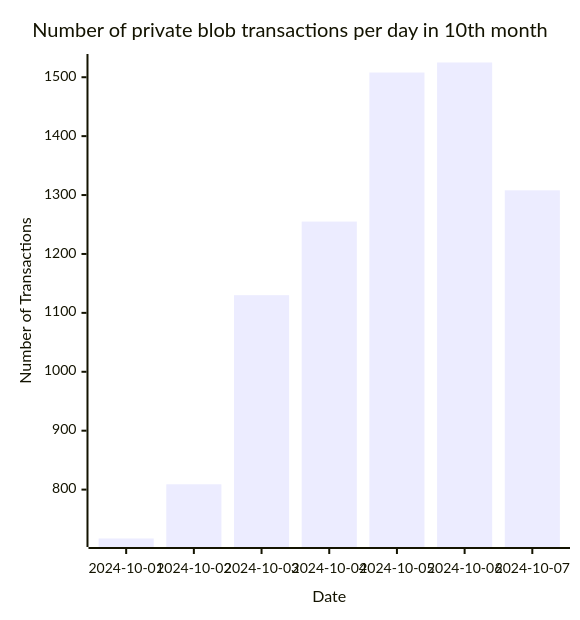
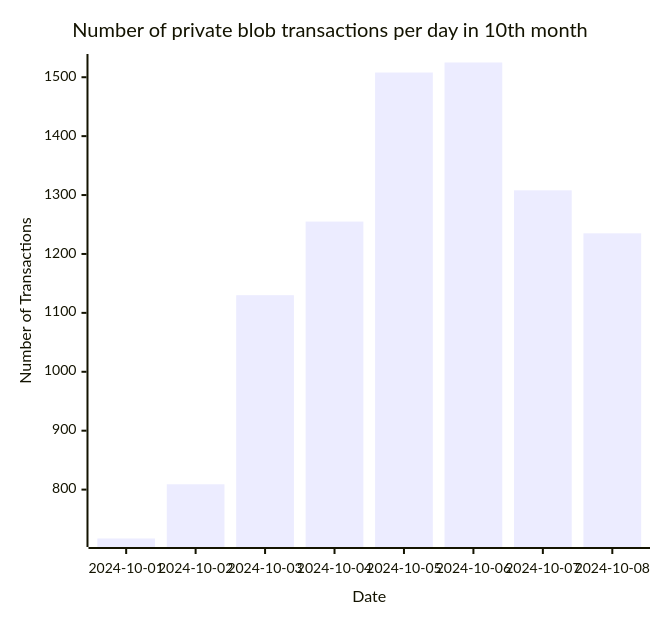
One commit to Amit0617/eip4844-data changed the eighth of 8 diagrams in README.md. Above: the diagram before and after it, drawn with Mermaid. The commit also changed 1 other file, not shown here.

````diff
--- a/README.md
+++ b/README.md
@@ -92,12 +92,12 @@
 ```mermaid
 ---
 config:
     xyChart:
-        width: 560
+        width: 640
         height: 600
 ---
 xychart-beta title "Number of private blob transactions per day in 10th month"
-x-axis "Date" [2024-10-01,2024-10-02,2024-10-03,2024-10-04,2024-10-05,2024-10-06,2024-10-07]
+x-axis "Date" [2024-10-01,2024-10-02,2024-10-03,2024-10-04,2024-10-05,2024-10-06,2024-10-07,2024-10-08]
 y-axis "Number of Transactions"
-bar[717,809,1130,1255,1508,1525,1308]
+bar[717,809,1130,1255,1508,1525,1308,1235]
 ```
````
